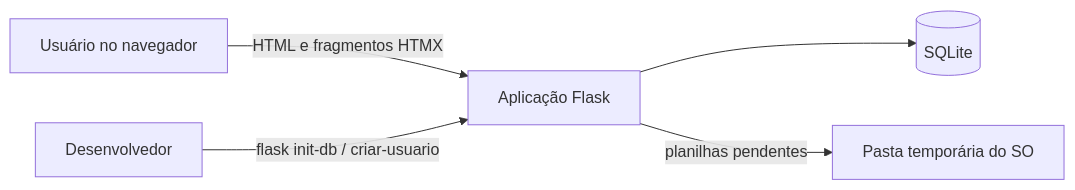
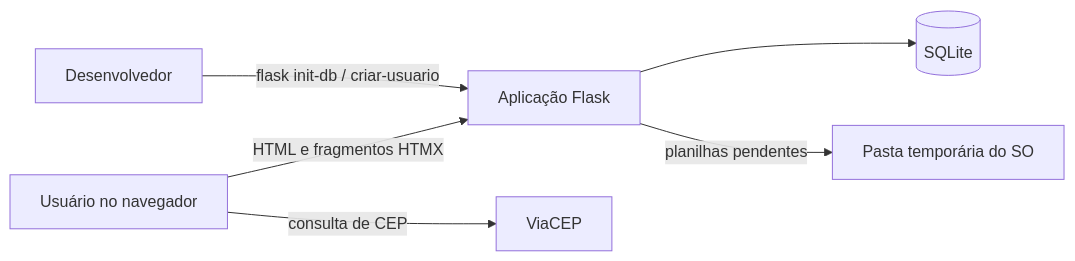
One commit to JhonataRibeiro444/tcc changed the first of 2 diagrams in docs/architecture/overview.md. Above: the diagram before and after it, drawn with Mermaid. The commit also changed 3 other files, not shown here.

First line of the commit message:
docs: registra a consulta de CEP ao ViaCEP

````diff
--- a/docs/architecture/overview.md
+++ b/docs/architecture/overview.md
@@ -26,7 +26,8 @@
 ```mermaid
 flowchart LR
     U[Usuário no navegador] -->|HTML e fragmentos HTMX| F[Aplicação Flask]
     F --> DB[(SQLite)]
     F -->|planilhas pendentes| T[Pasta temporária do SO]
+    U -->|consulta de CEP| V[ViaCEP]
     D[Desenvolvedor] -->|flask init-db / criar-usuario| F
 ```
````
